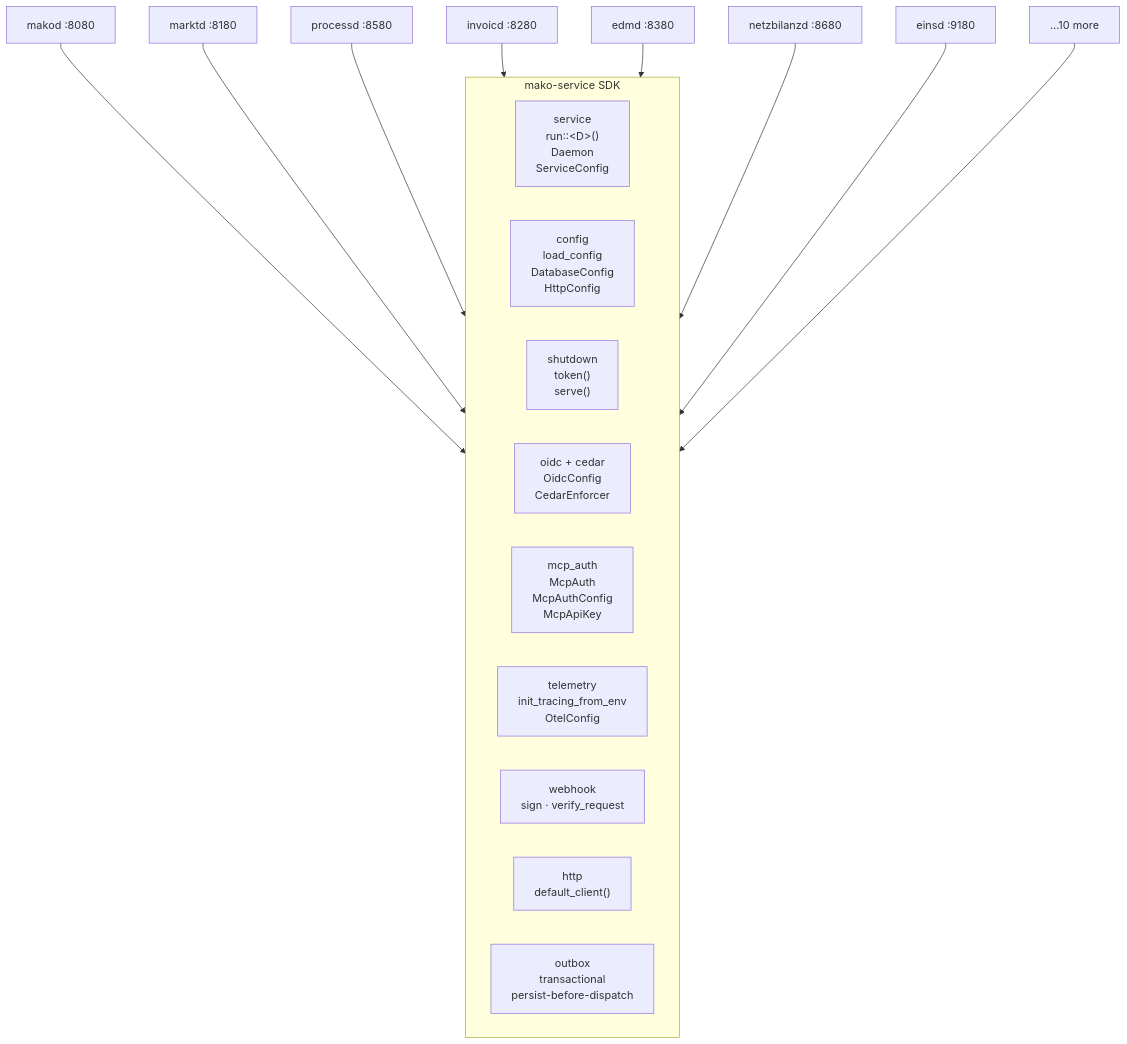
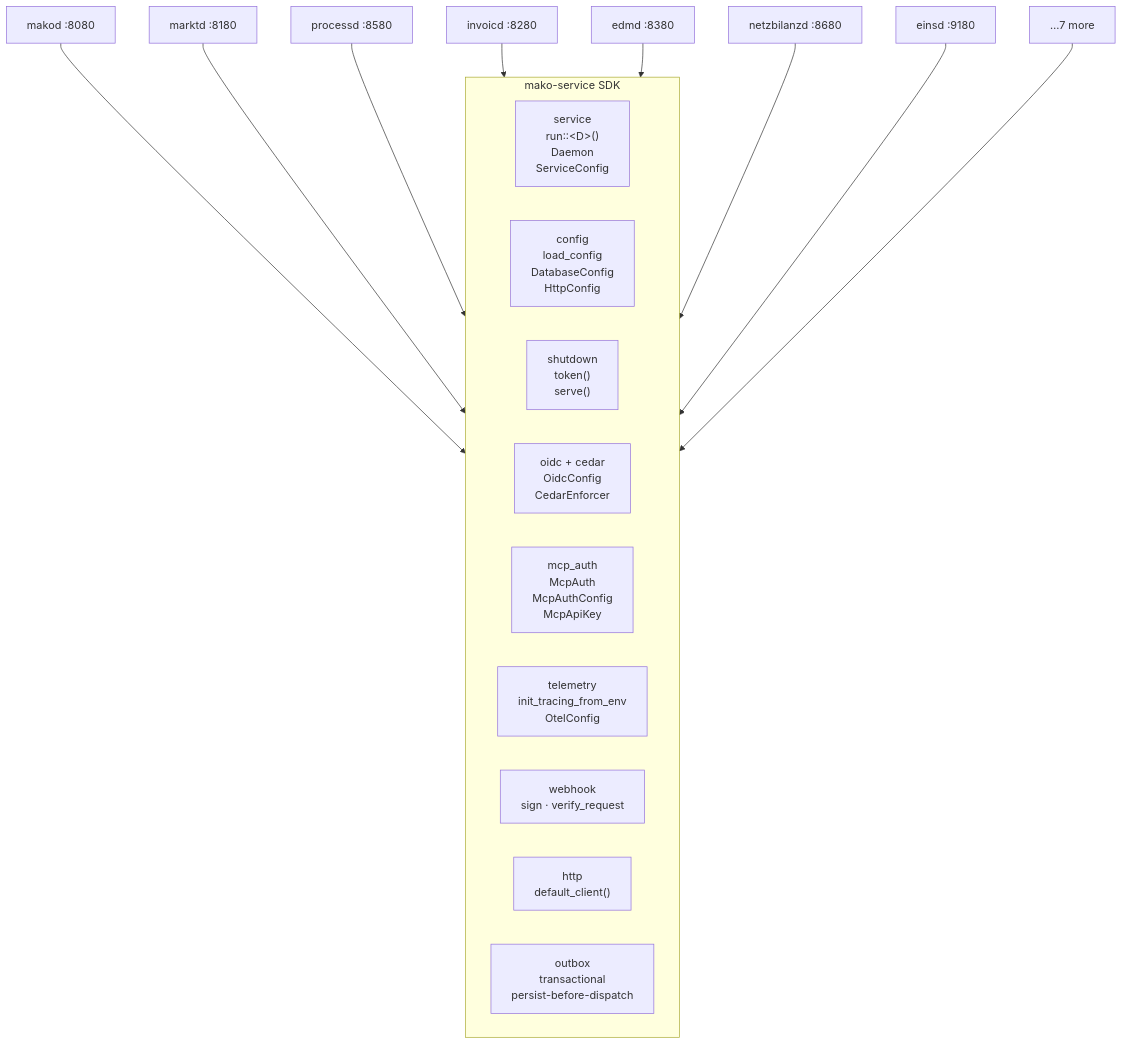
Before and after one commit to hupe1980/mako: the fourth of 5 diagrams in site/content/docs/architecture/_index.md, drawn with Mermaid. The commit also changed other lines of this file and 205 other files, not shown here.

````diff
--- a/site/content/docs/architecture/_index.md
+++ b/site/content/docs/architecture/_index.md
@@ -333,20 +330,20 @@
 ```mermaid
 graph TD
     A["makod :8080"] & B["marktd :8180"] & C["processd :8580"] & D["invoicd :8280"]
-    E["edmd :8380"] & F["netzbilanzd :8680"] & G["einsd :9180"] & H["…10 more"]
+    E["edmd :8380"] & F["netzbilanzd :8680"] & G["einsd :9180"] & H["…7 more"]
 
     subgraph sdk ["mako-service SDK"]
         direction LR
         RUN["service<br/>run::&lt;D&gt;()<br/>Daemon<br/>ServiceConfig"]
         CFG["config<br/>load_config<br/>DatabaseConfig<br/>HttpConfig"]
         SD["shutdown<br/>token()<br/>serve()"]
         AUTH["oidc + cedar<br/>OidcConfig<br/>CedarEnforcer"]
         MCP["mcp_auth<br/>McpAuth<br/>McpAuthConfig<br/>McpApiKey"]
         TEL["telemetry<br/>init_tracing_from_env<br/>OtelConfig"]
         WEB["webhook<br/>sign · verify_request"]
         HTTP["http<br/>default_client()"]
         OB["outbox<br/>transactional<br/>persist-before-dispatch"]
     end
 
     A & B & C & D & E & F & G & H --> sdk
 ```
````
